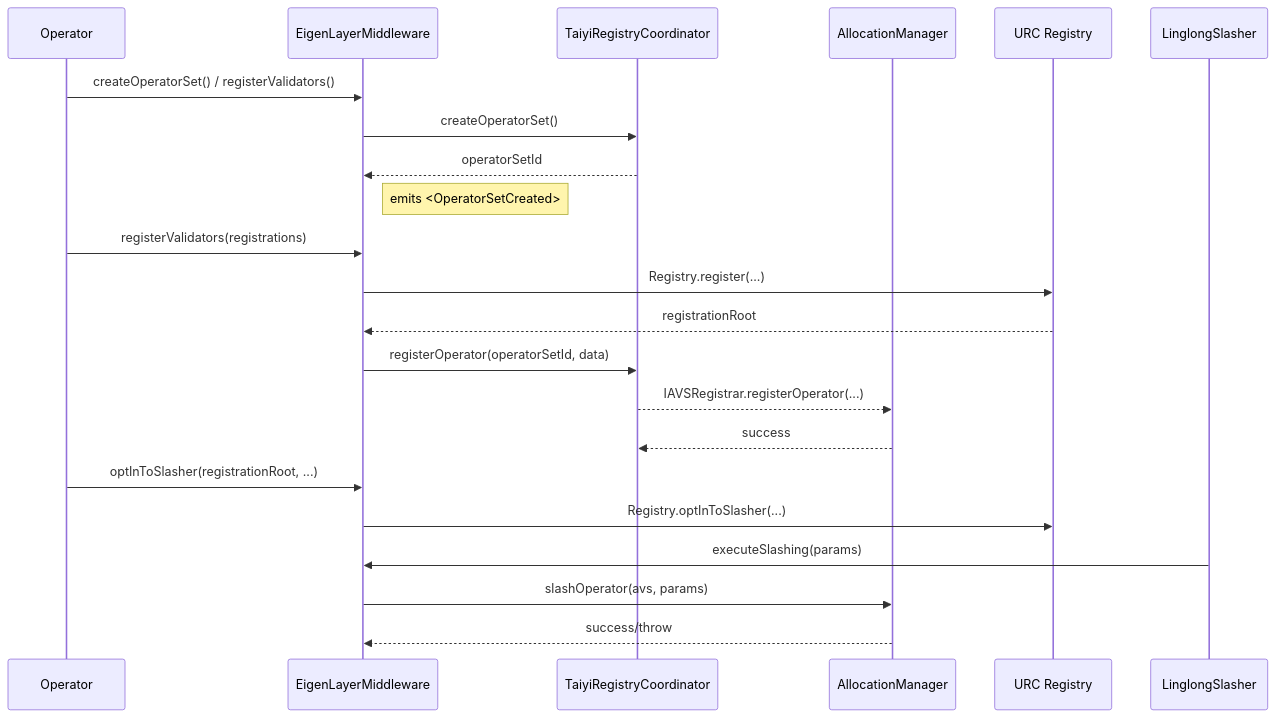
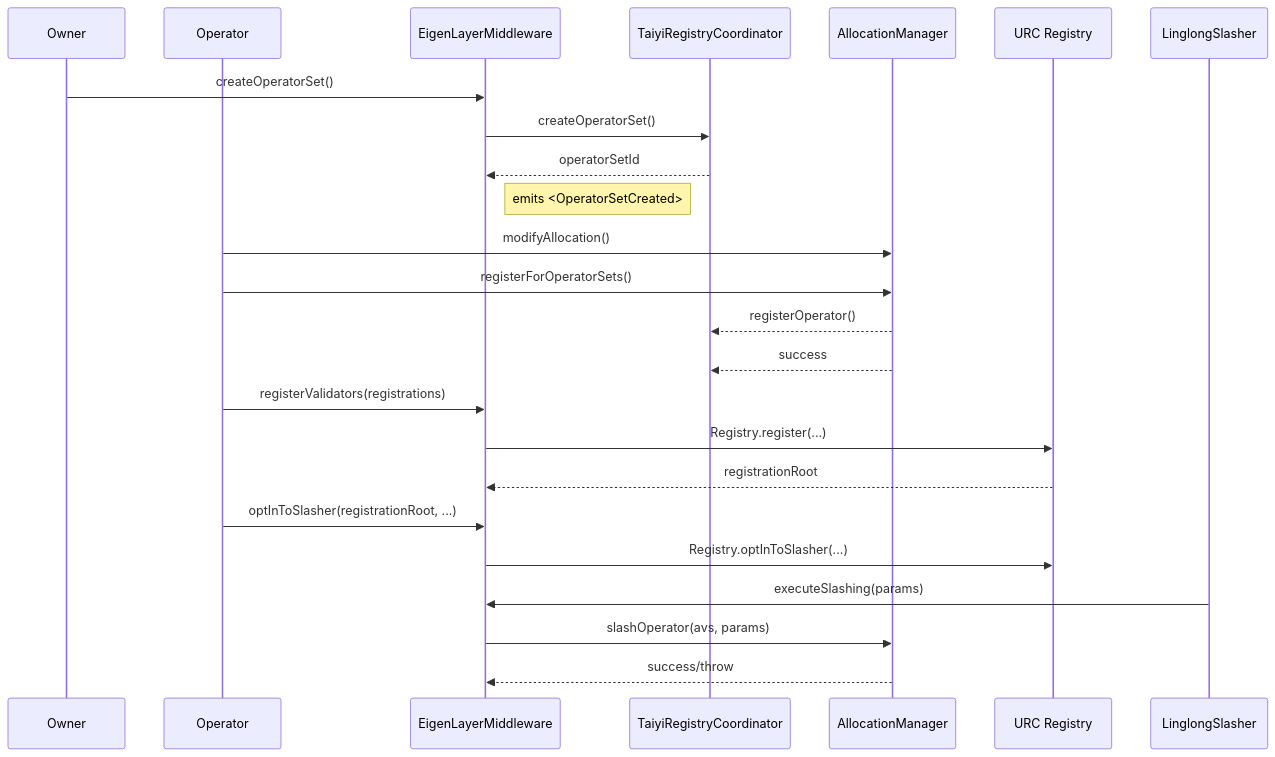
The diagram in docs/EigenLayerMiddleware.md (lu-bann/linglong), drawn with Mermaid before and after one commit. The commit also changed other lines of this file, not shown here.

````diff
--- a/docs/EigenLayerMiddleware.md
+++ b/docs/EigenLayerMiddleware.md
@@ -23,32 +23,38 @@
 ```mermaid
 sequenceDiagram
+    participant Owner
     participant Operator
     participant Middleware as EigenLayerMiddleware
     participant Coord as TaiyiRegistryCoordinator
     participant Alloc as AllocationManager
     participant URCReg as URC Registry
     participant Slasher as LinglongSlasher
 
-    %% Operator Registration
-    Operator->>Middleware: createOperatorSet() / registerValidators()
+    %% Operator Set Creation
+    Owner->>Middleware: createOperatorSet() 
     Middleware->>Coord: createOperatorSet()
     Coord-->>Middleware: operatorSetId
     Note right of Middleware: emits <OperatorSetCreated>
+
+    %% Operator Registration
+    Operator->>Alloc: modifyAllocation()
+    Operator->>Alloc: registerForOperatorSets()
+    Alloc-->>Coord: registerOperator()
+    Alloc-->>Coord: success
+
 
     %% Validator registration
     Operator->>Middleware: registerValidators(registrations)
     Middleware->>URCReg: Registry.register(...)
     URCReg-->>Middleware: registrationRoot
-    Middleware->>Coord: registerOperator(operatorSetId, data)
-    Coord-->>Alloc: IAVSRegistrar.registerOperator(...)
-    Alloc-->>Coord: success
+
 
     %% Opt-in to slasher
     Operator->>Middleware: optInToSlasher(registrationRoot, ...)
     Middleware->>URCReg: Registry.optInToSlasher(...)
 
     %% Slashing
     Slasher->>Middleware: executeSlashing(params)
     Middleware->>Alloc: slashOperator(avs, params)
     Alloc-->>Middleware: success/throw
 ```
````
